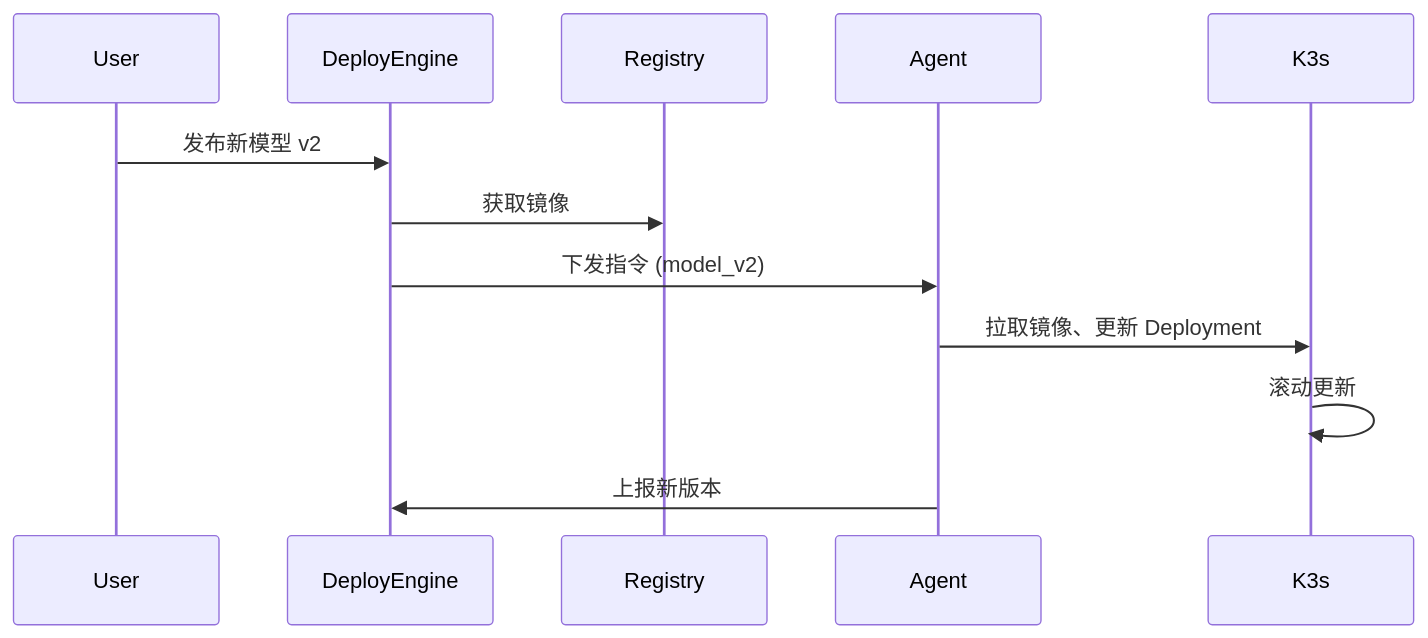
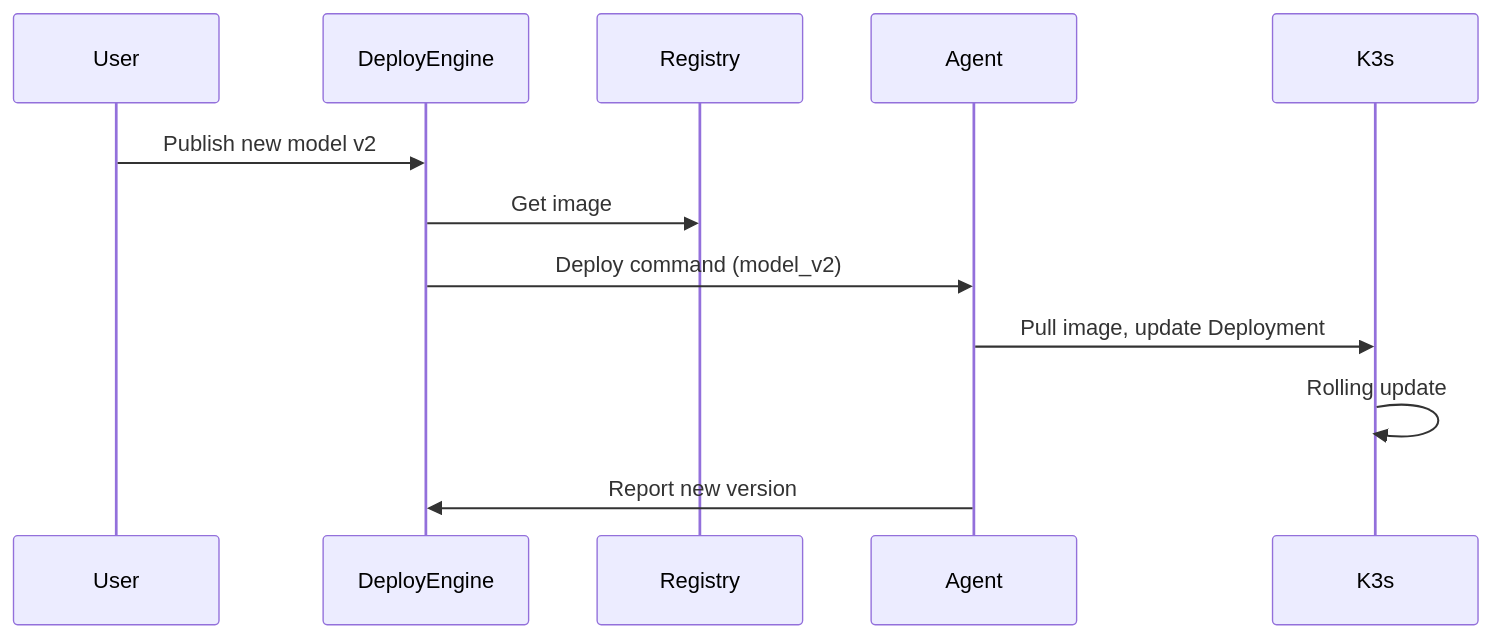
One commit to JeffRen1977/smartCamera changed the third of 4 diagrams in docs/architecture/07_cloud_platform.md. Above: the diagram before and after it, drawn with Mermaid. The commit also changed other lines of this file and 36 other files, not shown here.

````diff
--- a/docs/architecture/07_cloud_platform.md
+++ b/docs/architecture/07_cloud_platform.md
@@ -117,15 +117,15 @@
 ```mermaid
 sequenceDiagram
     participant User
     participant DeployEngine
     participant Registry
     participant Agent
     participant K3s
 
-    User->>DeployEngine: 发布新模型 v2
-    DeployEngine->>Registry: 获取镜像
-    DeployEngine->>Agent: 下发指令 (model_v2)
-    Agent->>K3s: 拉取镜像、更新 Deployment
-    K3s->>K3s: 滚动更新
-    Agent->>DeployEngine: 上报新版本
+    User->>DeployEngine: Publish new model v2
+    DeployEngine->>Registry: Get image
+    DeployEngine->>Agent: Deploy command (model_v2)
+    Agent->>K3s: Pull image, update Deployment
+    K3s->>K3s: Rolling update
+    Agent->>DeployEngine: Report new version
 ```
````
